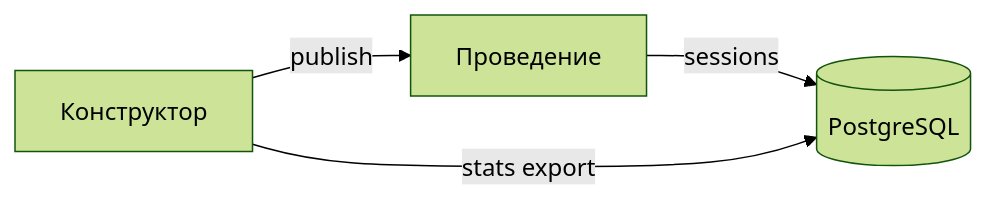
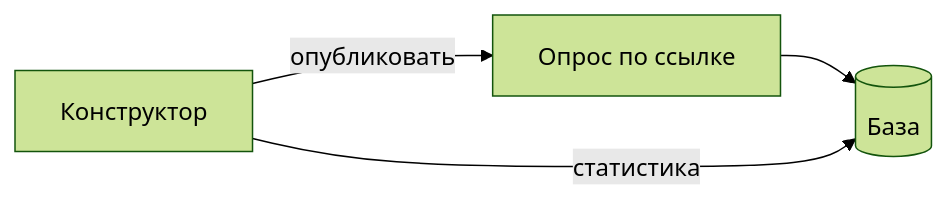
One commit to sanya2905/survey-constructor-service changed the seventh of 7 diagrams in docs/vkr-zashchita-prezentaciya.md. Above: the diagram before and after it, drawn with Mermaid (forest theme). The commit also changed other lines of this file, not shown here.

````diff
--- a/docs/vkr-zashchita-prezentaciya.md
+++ b/docs/vkr-zashchita-prezentaciya.md
@@ -273,6 +257,6 @@
 ```mermaid
 flowchart LR
-    K[Конструктор] -->|publish| P[Проведение]
-    P -->|sessions| DB[(PostgreSQL)]
-    K -->|stats export| DB
+    K[Конструктор] -->|опубликовать| P[Опрос по ссылке]
+    P --> DB[(База)]
+    K -->|статистика| DB
 ```
````
